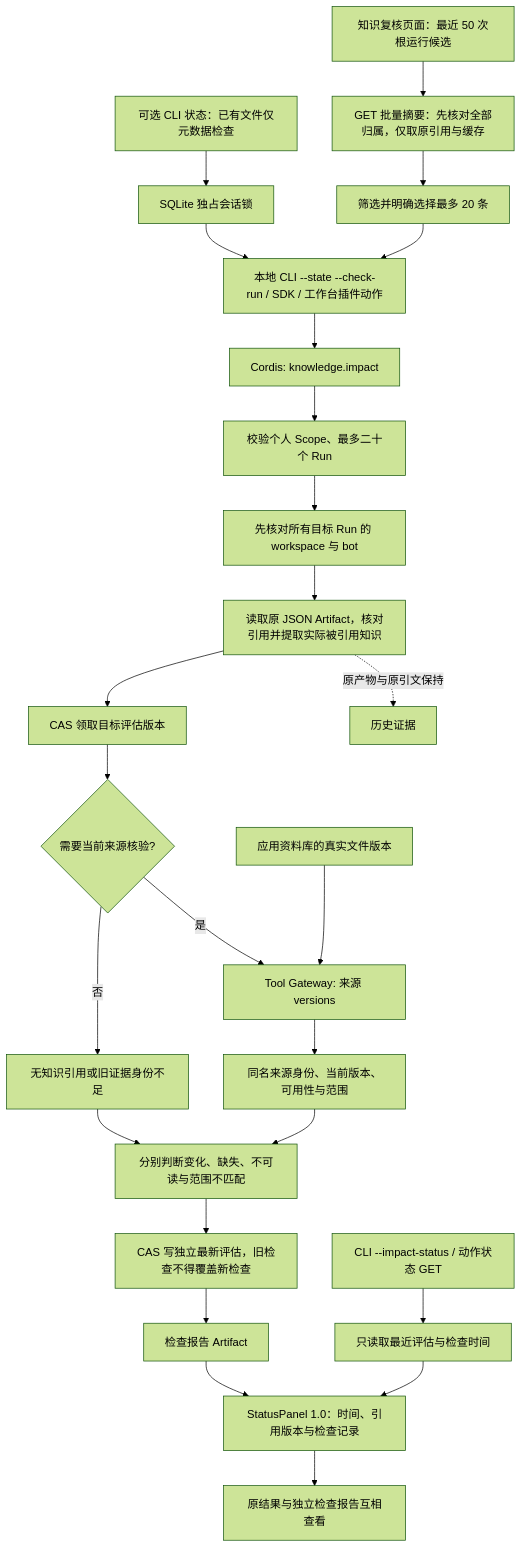
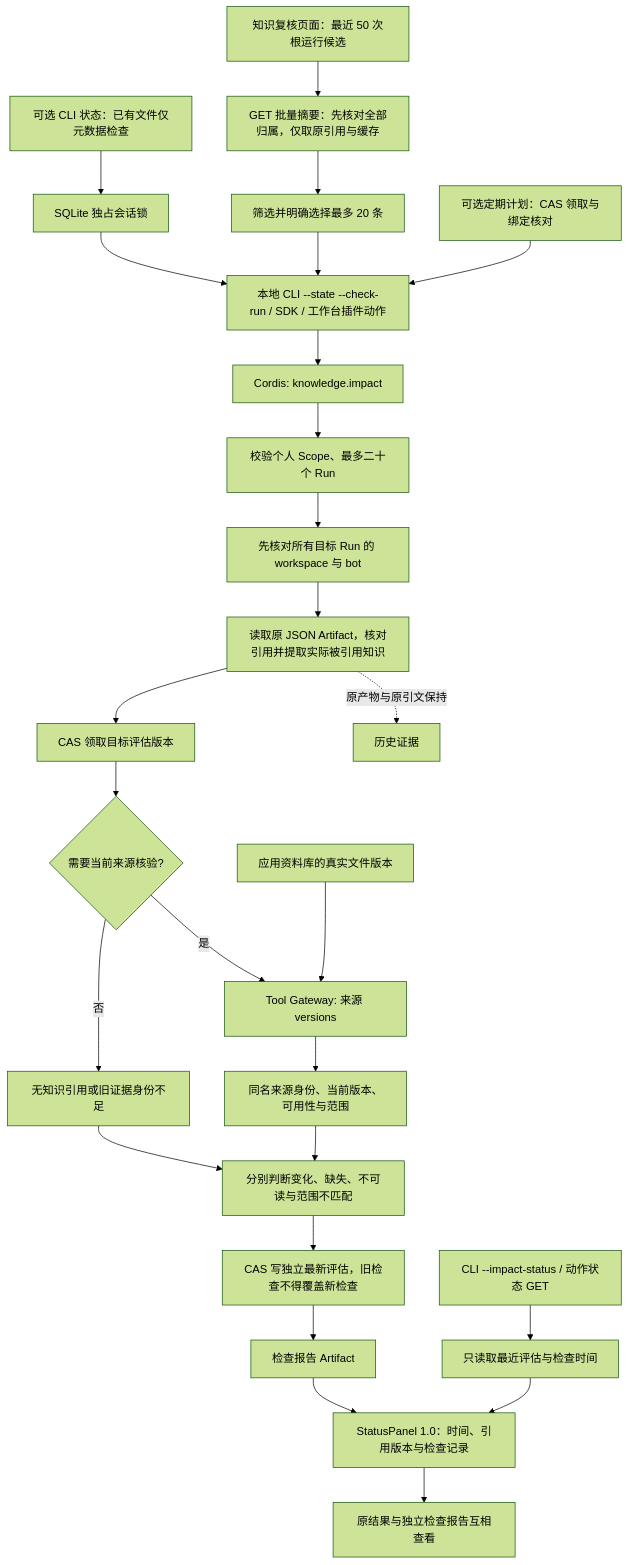
One commit to KlayPeter/AI-Delivery-Ops-Agent changed the first of 2 diagrams in backend/src/knowledge/impact/FEATURE.md. Above: the diagram before and after it, drawn with Mermaid (forest theme). The commit also changed other lines of this file and 20 other files, not shown here.

````diff
--- a/backend/src/knowledge/impact/FEATURE.md
+++ b/backend/src/knowledge/impact/FEATURE.md
@@ -22,27 +22,28 @@
 ```mermaid
 flowchart TD
     FS[可选 CLI 状态：已有文件仅元数据检查] --> LK[SQLite 独占会话锁]
     LK --> U
     CENTER[知识复核页面：最近 50 次根运行候选] --> CACHE[GET 批量摘要：先核对全部归属，仅取原引用与缓存]
     CACHE --> SELECT[筛选并明确选择最多 20 条]
     SELECT --> U
     U[本地 CLI --state --check-run / SDK / 工作台插件动作] --> P[Cordis: knowledge.impact]
     P --> V[校验个人 Scope、最多二十个 Run]
     V --> R[先核对所有目标 Run 的 workspace 与 bot]
     R --> A[读取原 JSON Artifact，核对引用并提取实际被引用知识]
     A --> B[CAS 领取目标评估版本]
     B --> S{需要当前来源核验?}
     S -- 否 --> N[无知识引用或旧证据身份不足]
     S -- 是 --> T[Tool Gateway: 来源 versions]
     T --> C[同名来源身份、当前版本、可用性与范围]
     C --> O[分别判断变化、缺失、不可读与范围不匹配]
     N --> O
     O --> G[CAS 写独立最新评估，旧检查不得覆盖新检查]
     G --> J[检查报告 Artifact]
     A -. 原产物与原引文保持 .-> H[历史证据]
     L[CLI --impact-status / 动作状态 GET] --> K[只读取最近评估与检查时间]
     K --> PANEL[StatusPanel 1.0：时间、引用版本与检查记录]
     J --> PANEL
     PANEL --> NAV[原结果与独立检查报告互相查看]
     KLIB[应用资料库的真实文件版本] --> T
+    WATCH[可选定期计划：CAS 领取与绑定核对] --> U
 ```
````
